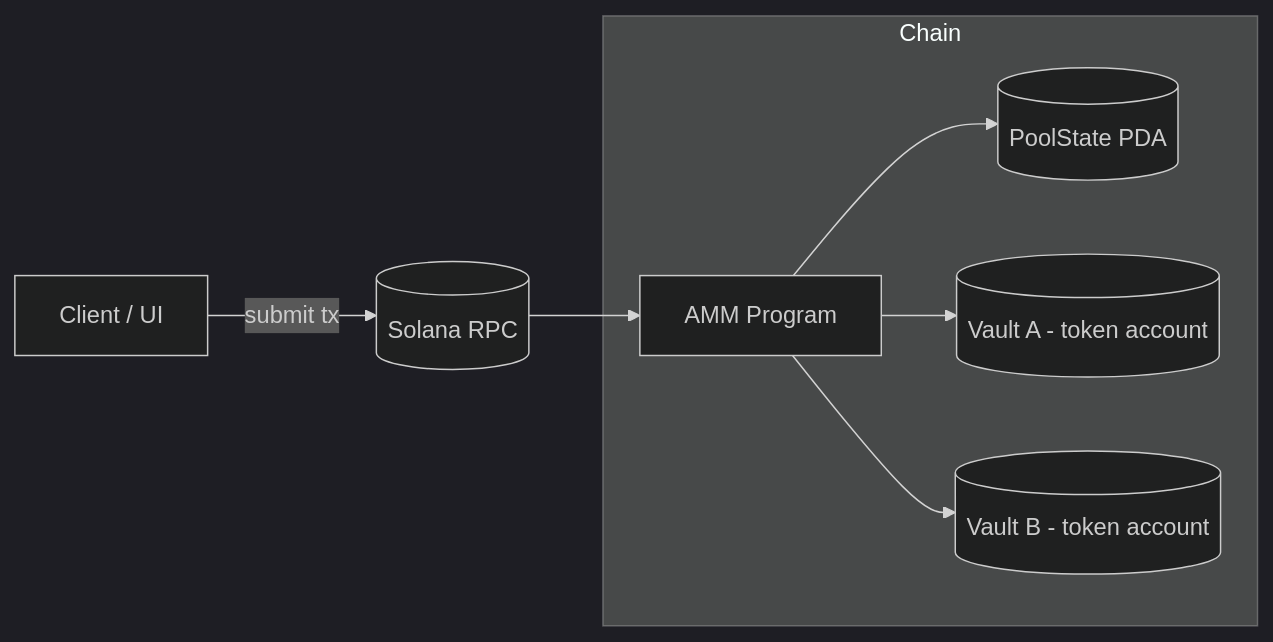
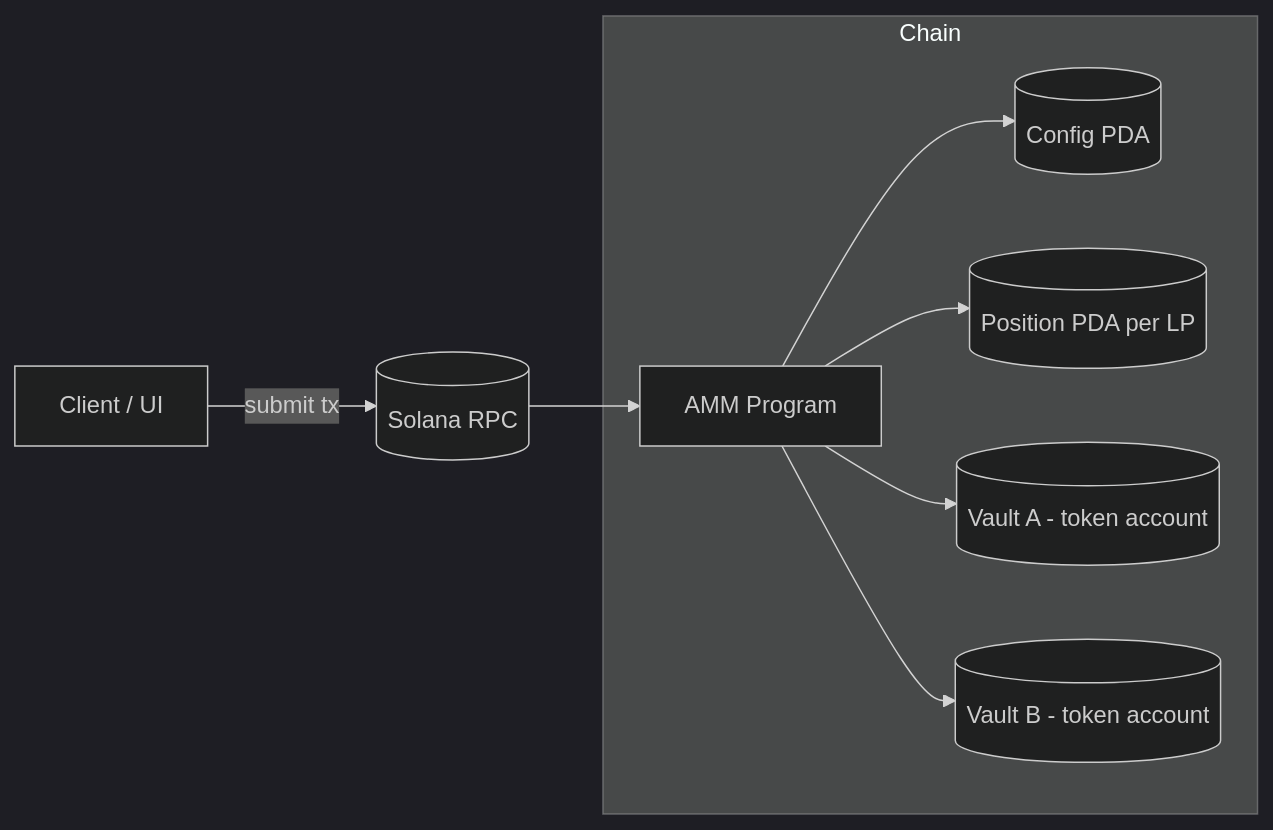
One commit to rit3sh-x/web3-amm changed the diagram in README.md. Above: the diagram before and after it, drawn with Mermaid (dark theme). The commit also changed other lines of this file and 25 other files, not shown here.

````diff
--- a/README.md
+++ b/README.md
@@ -5,17 +5,19 @@
 ```mermaid
 flowchart LR
     Client[Client / UI]
     RPC[(Solana RPC)]
     subgraph Chain
       Program[AMM Program]
-      PoolState[(PoolState PDA)]
+      Config[(Config PDA)]
+      Position[(Position PDA per LP)]
       VaultA[(Vault A - token account)]
       VaultB[(Vault B - token account)]
     end
 
     Client -->|submit tx| RPC
     RPC --> Program
-    Program --> PoolState
+    Program --> Config
+    Program --> Position
     Program --> VaultA
     Program --> VaultB
 ```
````
